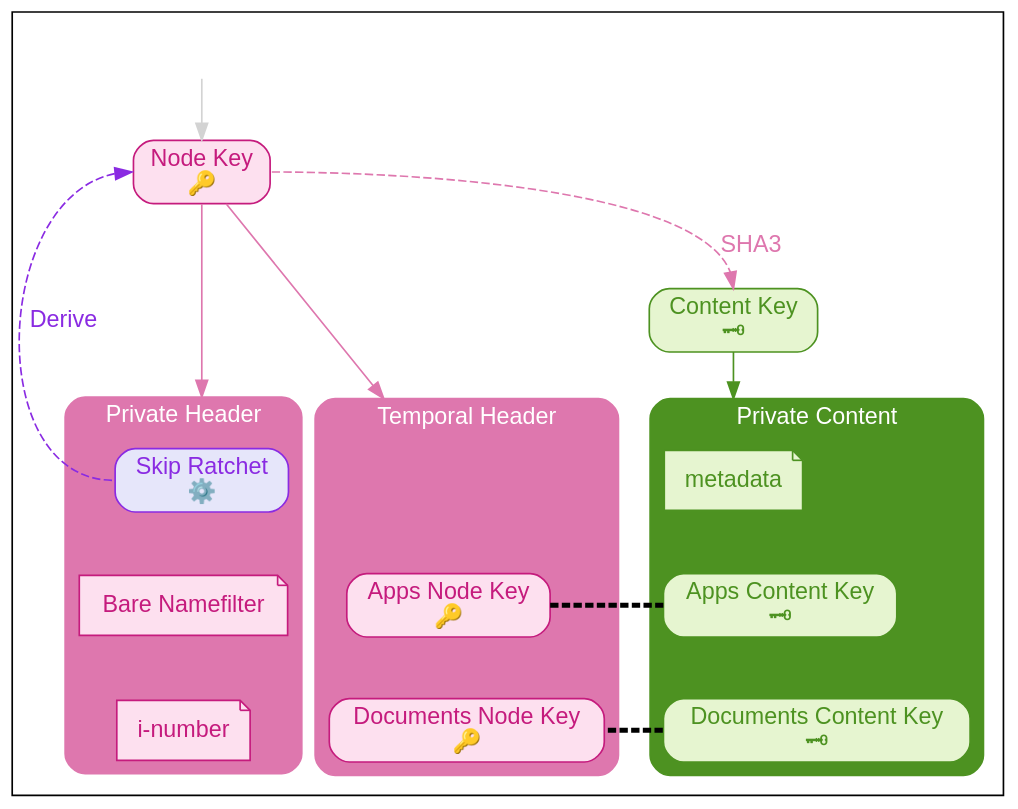
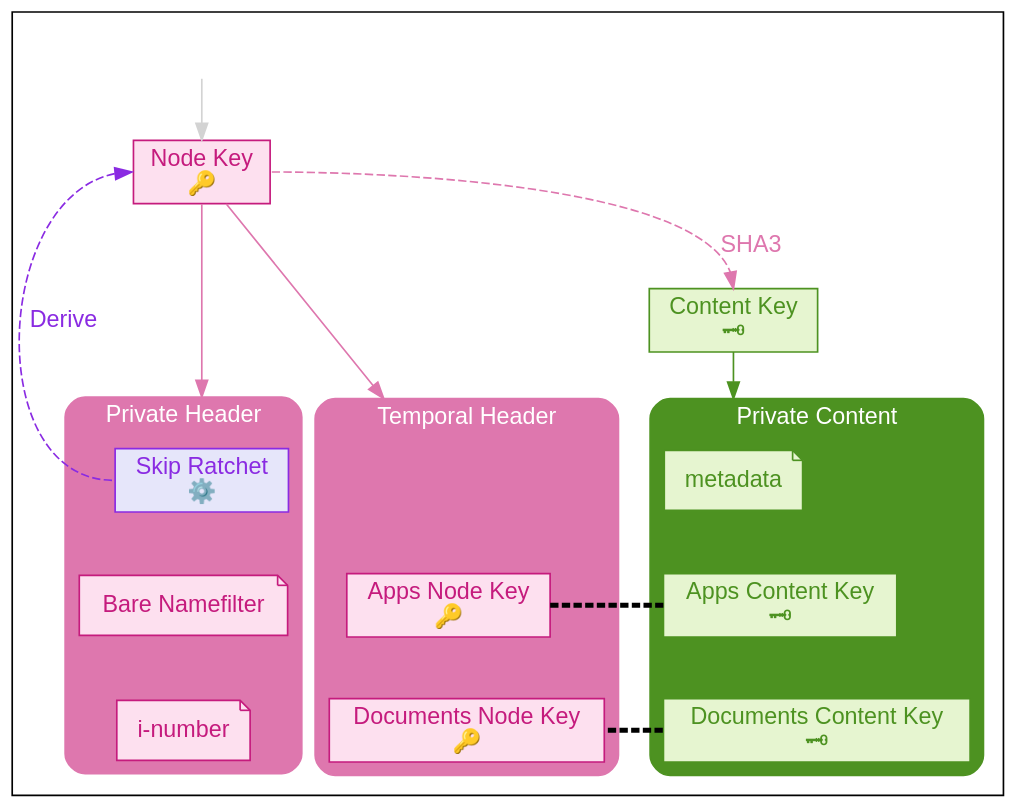
The diagram in spec/diagrams/node_key_layout.dot (wnfs-wg/spec), drawn with Graphviz before and after one commit. The commit also changed 2 other files, not shown here.

Commit message:
Add layer diagram

```diff
--- a/spec/diagrams/node_key_layout.dot
+++ b/spec/diagrams/node_key_layout.dot
@@ -1,135 +1,135 @@
 digraph G {
     #########
     # SETUP #
     #########
 
     compound = true
     fontname = "Helvetica"
 
     edge [
         colorscheme = "piyg11"
         color = black
         fontname = "Helvetica"
     ];
 
     node [
         shape = box
         colorscheme = "piyg11"
-        style = "rounded,filled"
+        style = filled
         fillcolor = 5
         color = black
         fontname = "Helvetica"
         color=2
         fontcolor=2
     ];
 
     graph [
         colorscheme="piyg11"
         color=10
         style = "rounded,filled"
         fontcolor=white
     ];
 
     ##############
     # FREE NODES #
     ##############
 
     invis_parent [style = invis]
     node_key [label = "Node Key\n🔑" color = 2  fontcolor = 2]
     content_key [label = "Content Key\n🗝" color=10 fontcolor = 10 fillcolor=7]
 
     ############
     # CLUSTERS #
     ############
 
     subgraph cluster_private_header {
         label = "Private Header"
         color=3
 
         skip_ratchet [label = "Skip Ratchet\n⚙️" color = blueviolet fontcolor = blueviolet fillcolor=lavender]
         bare_nf [label = "Bare Namefilter" shape = note]
         i_number [label = "i-number" shape = note]
 
         skip_ratchet -> bare_nf -> i_number [style=invis]
     }
 
     subgraph cluster_temporal_header {
         label = "Temporal Header"
         color = 3
 
         apps_header_key [label = "Apps Node Key\n🔑"]
         docs_header_key [label = "Documents Node Key\n🔑"]
         invis_header [style = invis]
 
         invis_header -> apps_header_key -> docs_header_key  [style=invis]
     }
 
     subgraph cluster_private_content {
         label = "Private Content"
 
         node [
             color=10
             fontcolor=10
             fillcolor=7
         ]
 
         metadata [shape = note]
 
         apps_content_key [label="Apps Content Key\n🗝"]
         docs_content_key [label="Documents Content Key\n🗝"]
 
         metadata -> apps_content_key -> docs_content_key [style=invis];
     }
 
     #########
     # EDGES #
     #########
 
     node_key:e -> content_key:n [
         label = "SHA3"
         style = dashed
         color = 3
         fontcolor = 3
         weight = 0.5
     ]
 
     node_key:w -> skip_ratchet:w [
         dir = back
         style = dashed
         label = "Derive"
         color = blueviolet
         fontcolor = blueviolet
     ]
 
     invis_parent -> node_key [color = lightgray weight = 10]
     content_key:s -> metadata [
         lhead = cluster_private_content
         color = 10
         weight = 18
     ]
 
     node_key -> skip_ratchet [lhead = cluster_private_header color = 3 weight=10]
     node_key -> invis_header [lhead = cluster_temporal_header color = 3]
 
     apps_header_key -> apps_content_key [
         penwidth = 3
         arrowtail = none
         dir = back
         style = dashed
     ]
 
     docs_content_key -> docs_header_key [
         penwidth = 3
         arrowhead = none
         style = dashed
     ]
 
     ################
     # LAYOUT HACKS #
     ################
 
     content_key:s -> invis_header:n [lhead=cluster_temporal_header style=invis]
     content_key:s -> skip_ratchet:n [lhead=cluster_temporal_header style=invis]
     skip_ratchet -> apps_header_key [lhead=cluster_private_header style=invis]
     apps_header_key -> skip_ratchet [style=invis]
 }
```
